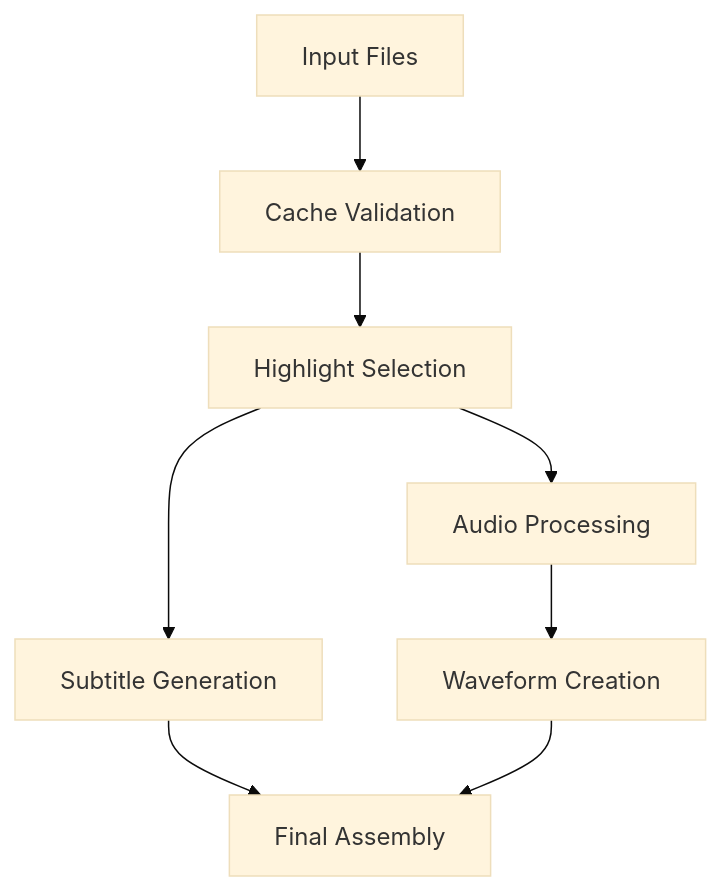
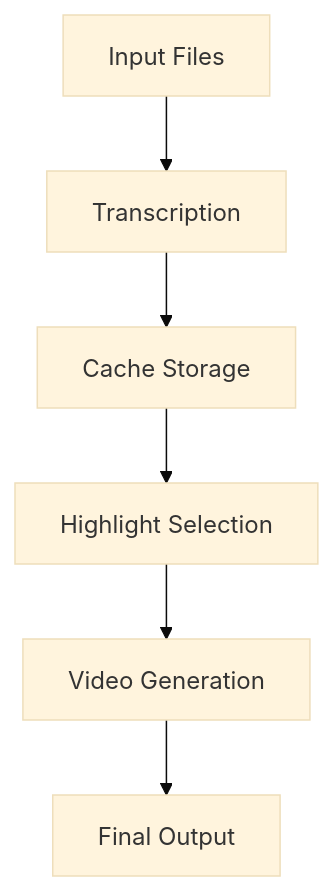
One commit to zoharbabin/karaokify changed the diagram in memory-bank/systemPatterns.md. Above: the diagram before and after it, drawn with Mermaid (base theme). The commit also changed other lines of this file and 3 other files, not shown here.

Commit message:
feat: enhance system patterns documentation; add detailed descriptions of modules, data flow, and design patterns

````diff
--- a/memory-bank/systemPatterns.md
+++ b/memory-bank/systemPatterns.md
@@ -118,10 +19,8 @@
 ```mermaid
 graph TD
-    A[Input Files] --> B[Cache Validation]
-    B --> C[Highlight Selection]
-    C --> D[Audio Processing]
-    C --> E[Subtitle Generation]
-    D --> F[Waveform Creation]
-    E --> G[Final Assembly]
-    F --> G
+    A[Input Files] --> B[Transcription]
+    B --> C[Cache Storage]
+    C --> D[Highlight Selection]
+    D --> E[Video Generation]
+    E --> F[Final Output]
 ```
````
